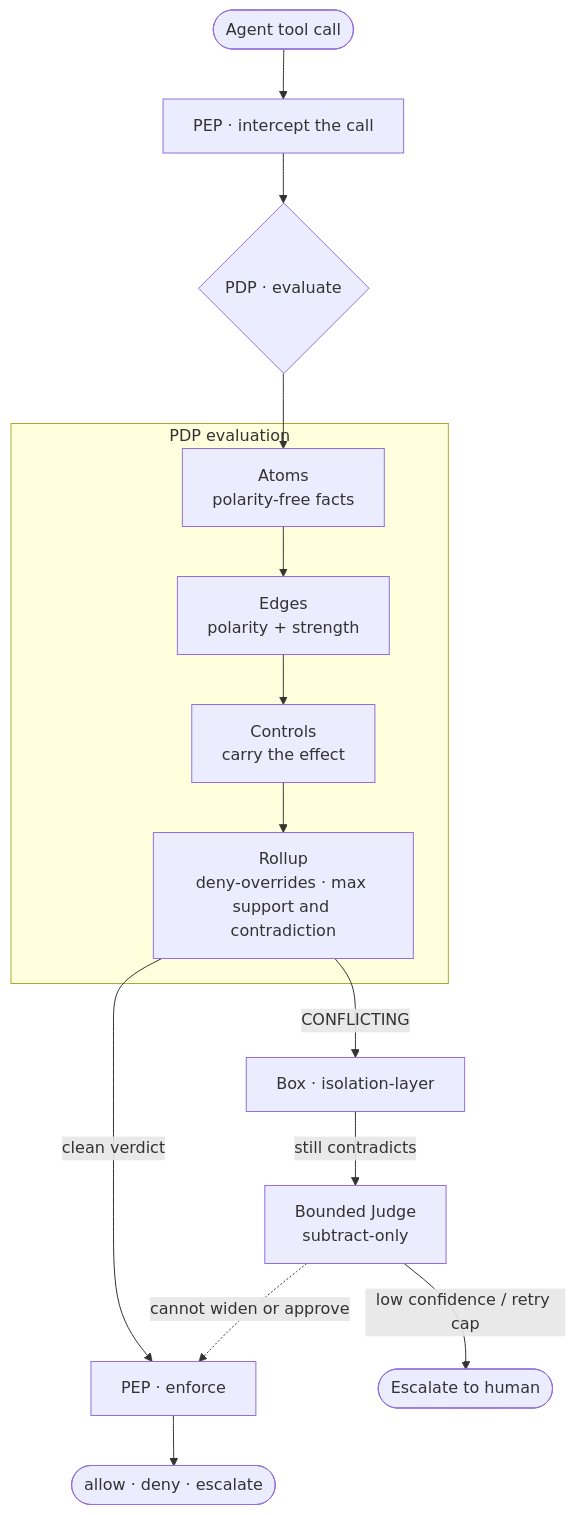
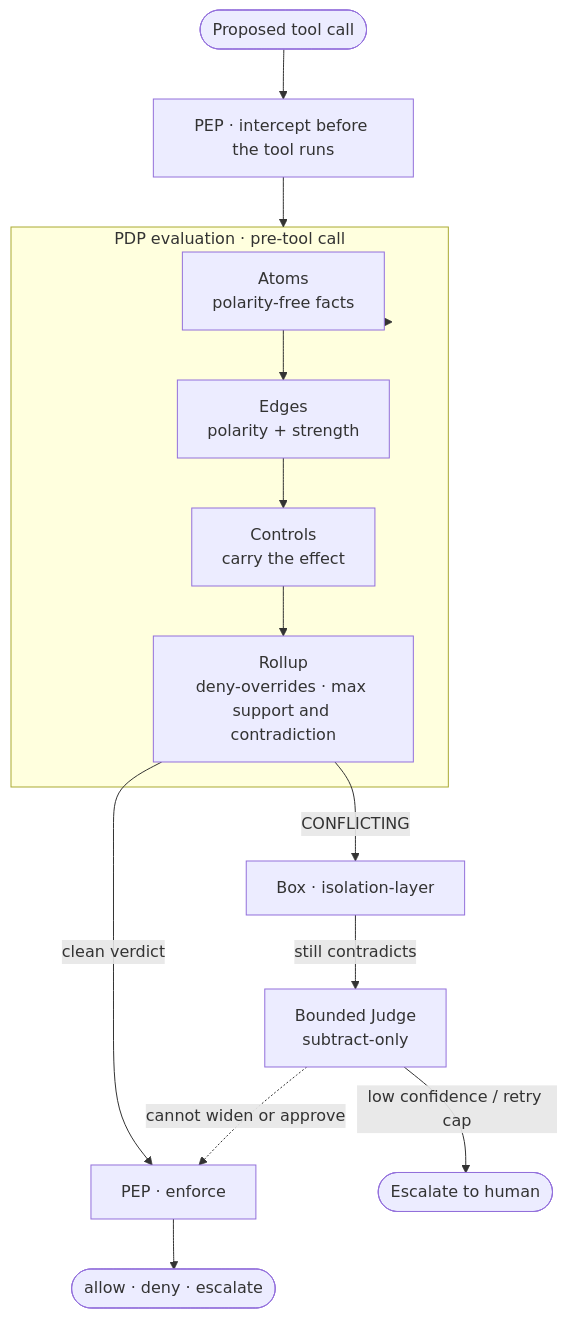
Before and after one commit to Steck43/aegis-atoms: the diagram in README.md, drawn with Mermaid. The commit also changed other lines of this file and 1 other file, not shown here.

Commit message:
Label PDP evaluate as a pre-tool call.
The diagram started at 'agent tool call', which reads as if the tool already
ran. Atoms fire before the tool runs. Pre-tool call goes to atoms.

````diff
--- a/README.md
+++ b/README.md
@@ -69,17 +69,17 @@
 ```mermaid
 flowchart TD
-    A([Agent tool call]) --> PEP[PEP · intercept the call]
-    PEP --> PDP{PDP · evaluate}
-    subgraph PDP evaluation
+    A([Proposed tool call]) --> PEP[PEP · intercept before the tool runs]
+    PEP --> PDP{PDP · evaluate · pre-tool}
+    subgraph PDP["PDP evaluation · pre-tool call"]
       ATOMS[Atoms<br/>polarity-free facts] --> EDGES[Edges<br/>polarity + strength]
       EDGES --> CTRL[Controls<br/>carry the effect]
       CTRL --> ROLL[Rollup<br/>deny-overrides · max support and contradiction]
     end
     PDP --> ATOMS
     ROLL -->|clean verdict| ENF[PEP · enforce]
     ROLL -->|CONFLICTING| BOX[Box · isolation-layer]
     BOX -->|still contradicts| JUDGE[Bounded Judge<br/>subtract-only]
     JUDGE -. cannot widen or approve .-> ENF
     JUDGE -->|low confidence / retry cap| HUMAN([Escalate to human])
     ENF --> OUT([allow · deny · escalate])
 ```
````
